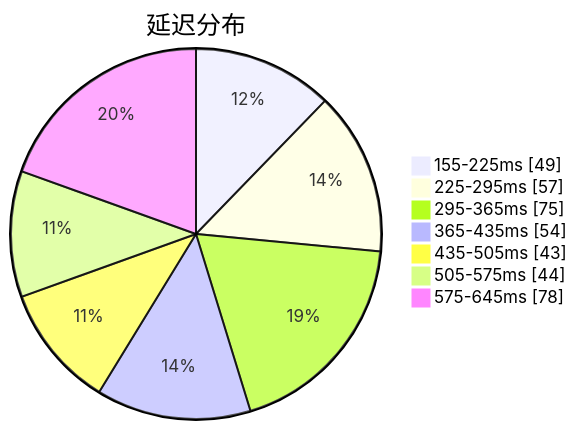
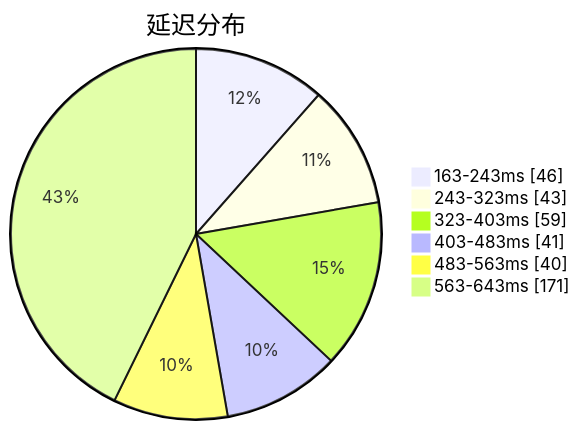
One commit to qjlxg/airport changed the first of 3 diagrams in subs/statistics/tested_within.md. Above: the diagram before and after it, drawn with Mermaid. The commit also changed other lines of this file and 2 other files, not shown here.

````diff
--- a/subs/statistics/tested_within.md
+++ b/subs/statistics/tested_within.md
@@ -2,11 +2,10 @@
 ```mermaid
 pie showData
 title 延迟分布
-"155-225ms" : 49
-"225-295ms" : 57
-"295-365ms" : 75
-"365-435ms" : 54
-"435-505ms" : 43
-"505-575ms" : 44
-"575-645ms" : 78
+"163-243ms" : 46
+"243-323ms" : 43
+"323-403ms" : 59
+"403-483ms" : 41
+"483-563ms" : 40
+"563-643ms" : 171
 ```
````
